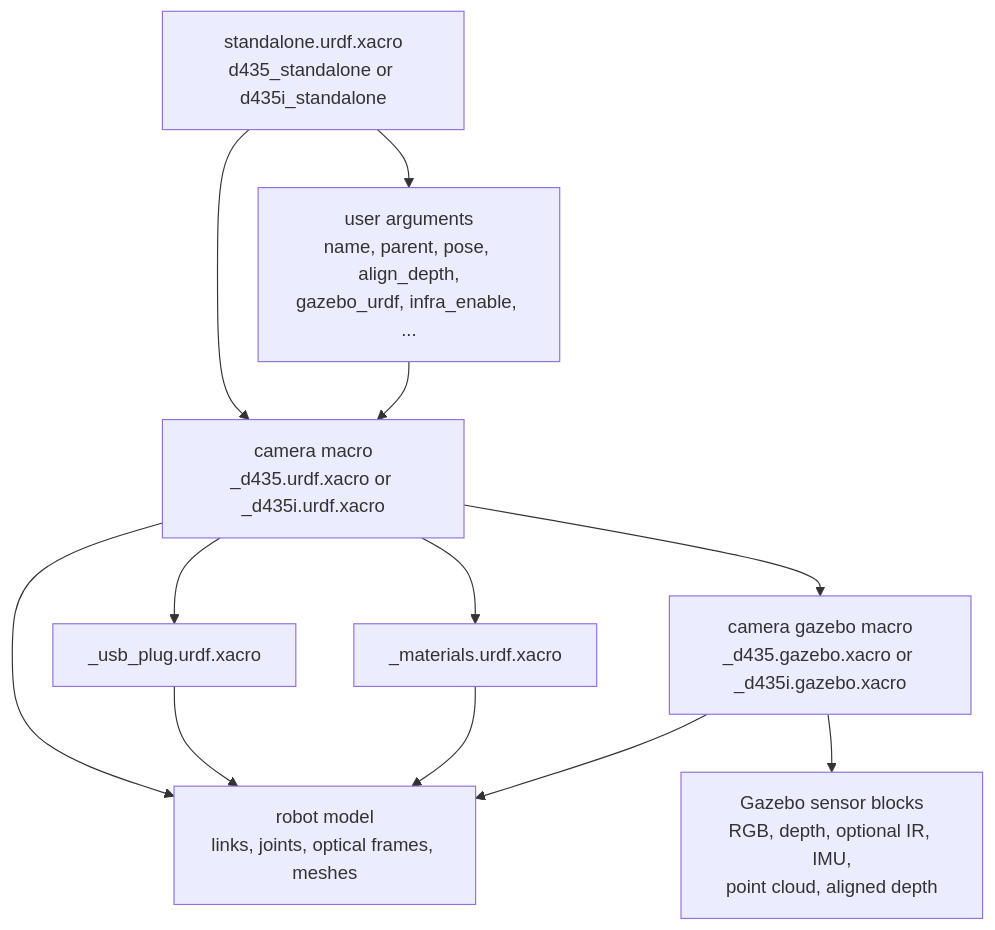
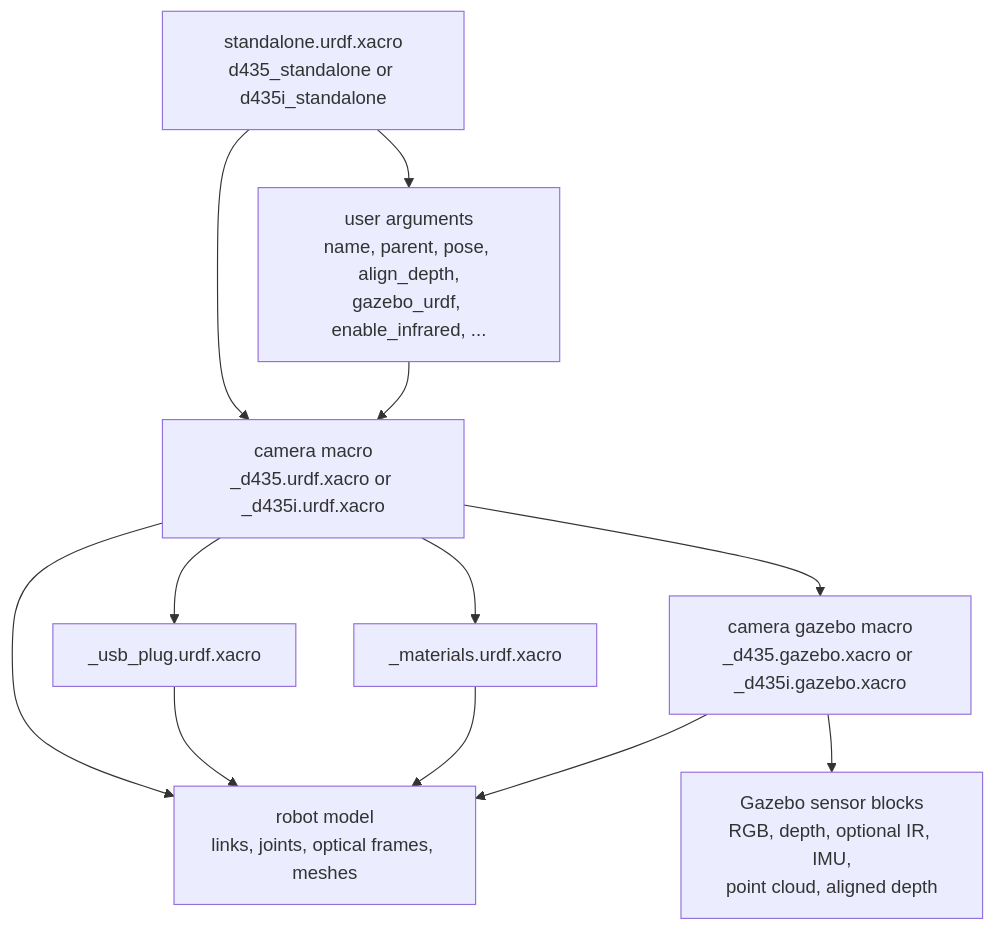
Before and after one commit to ADVRHumanoids/realsense_gazebo_description: the diagram in README.md, drawn with Mermaid. The commit also changed other lines of this file and 11 other files, not shown here.

````diff
--- a/README.md
+++ b/README.md
@@ -58,14 +67,14 @@
 ```mermaid
 flowchart TD
     A["standalone.urdf.xacro<br/>d435_standalone or d435i_standalone"] --> B["camera macro<br/>_d435.urdf.xacro or _d435i.urdf.xacro"]
     B --> C["_materials.urdf.xacro"]
     B --> D["_usb_plug.urdf.xacro"]
     B --> E["camera gazebo macro<br/>_d435.gazebo.xacro or _d435i.gazebo.xacro"]
-    A --> F["user arguments<br/>name, parent, pose, align_depth,<br/>gazebo_urdf, infra_enable, ..."]
+    A --> F["user arguments<br/>name, parent, pose, align_depth,<br/>gazebo_urdf, enable_infrared, ..."]
     F --> B
     E --> G["Gazebo sensor blocks<br/>RGB, depth, optional IR, IMU,<br/>point cloud, aligned depth"]
     B --> H["robot model<br/>links, joints, optical frames, meshes"]
     D --> H
     C --> H
     E --> H
 ```
````
